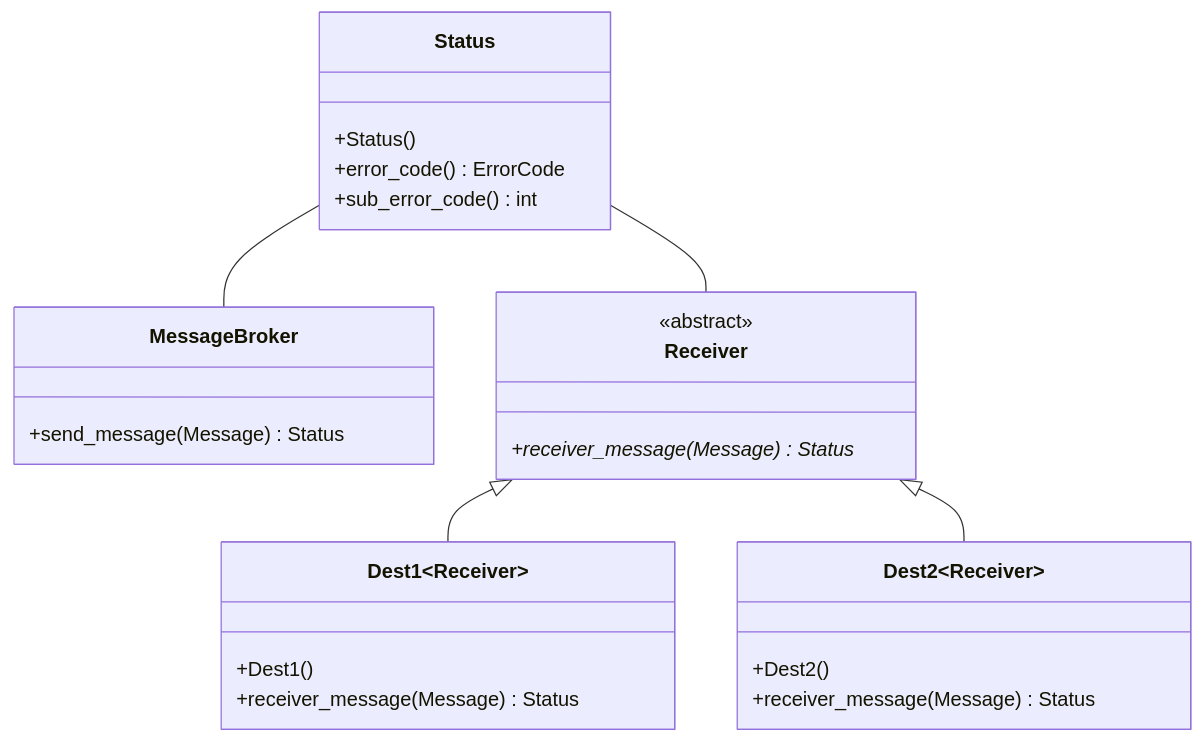
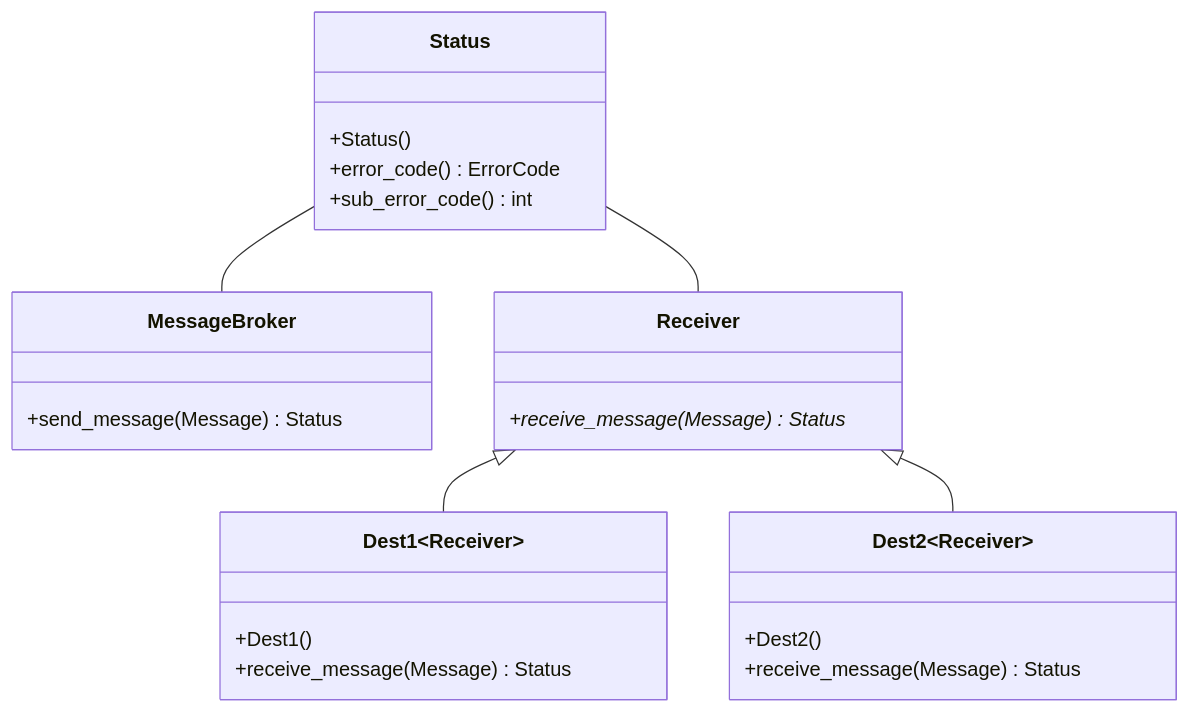
The third of 3 diagrams in message-broker/docs/message-broker.md (project-tsurugi/metadata-manager), drawn with Mermaid before and after one commit. The commit also changed other lines of this file, not shown here.

````diff
--- a/message-broker/docs/message-broker.md
+++ b/message-broker/docs/message-broker.md
@@ -73,34 +46,33 @@
 ```mermaid
 classDiagram
 
 class MessageBroker {
   +send_message(Message) Status
 }
 
 class Receiver {
-  <<abstract>>
-  +receiver_message(Message)* Status
+  +receive_message(Message)* Status
 }
 
 class Status {
   +Status()
   +error_code() ErrorCode
   +sub_error_code() int
 }
 
 class Dest1~Receiver~ {
   +Dest1()
-  +receiver_message(Message) Status 
+  +receive_message(Message) Status 
 }
 
 class Dest2~Receiver~ {
   +Dest2()
-  +receiver_message(Message) Status 
+  +receive_message(Message) Status 
 }
 
 Receiver <|-- Dest1
 Receiver <|-- Dest2
 Status -- MessageBroker
 Status -- Receiver
 
 ```
````
